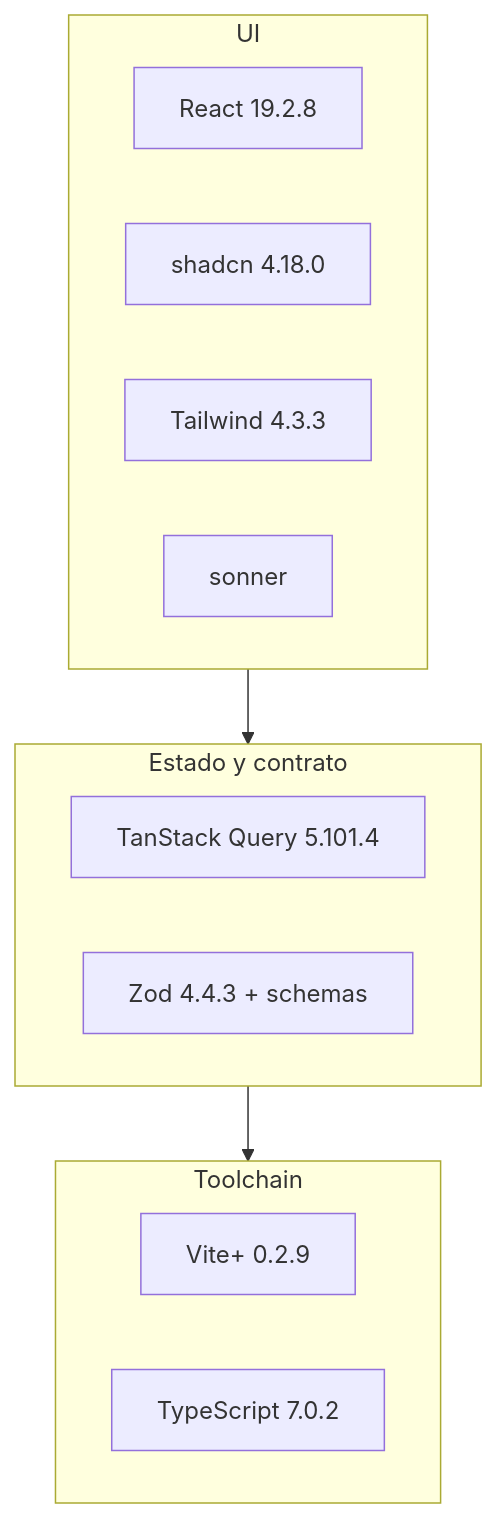
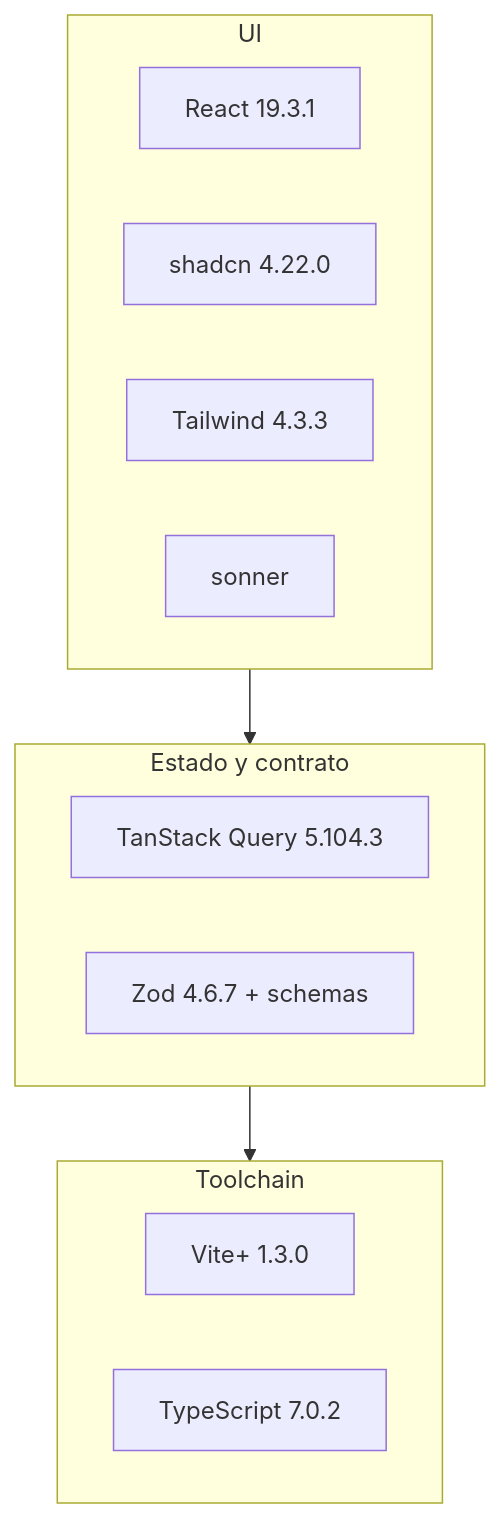
Before and after one commit to JoseAntonioNuevo/agentic-kanban: the first of 2 diagrams in diagrams/02-tecnologias-frontend.md, drawn with Mermaid. The commit also changed 20 other files, not shown here.

````diff
--- a/diagrams/02-tecnologias-frontend.md
+++ b/diagrams/02-tecnologias-frontend.md
@@ -5,18 +5,18 @@
 ```mermaid
 flowchart TB
   subgraph ui [UI]
-    A["React 19.2.8"]
-    B["shadcn 4.18.0"]
+    A["React 19.3.1"]
+    B["shadcn 4.22.0"]
     C["Tailwind 4.3.3"]
     D["sonner"]
   end
   subgraph data [Estado y contrato]
-    E["TanStack Query 5.101.4"]
-    F["Zod 4.4.3 + schemas"]
+    E["TanStack Query 5.104.3"]
+    F["Zod 4.6.7 + schemas"]
   end
   subgraph tool [Toolchain]
-    G["Vite+ 0.2.9"]
+    G["Vite+ 1.3.0"]
     H["TypeScript 7.0.2"]
   end
   ui --> data --> tool
 ```
````
